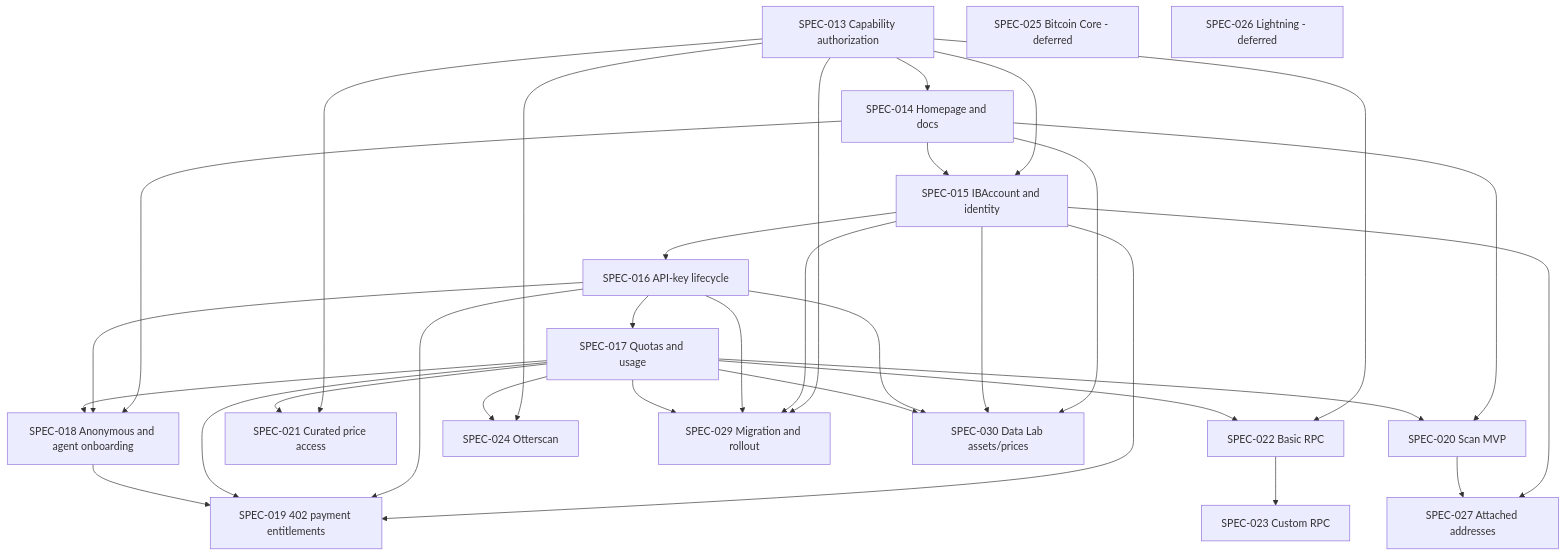
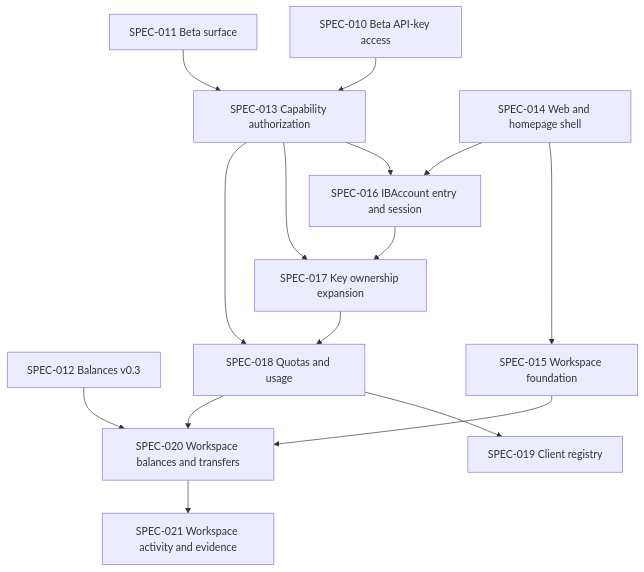
Before and after one commit to Iron-Burrow/iron-burrow-mother-api-rs: the eighth of 8 diagrams in docs/rfcs/RFC-003 - Mother API El Vasco Architecture.md, drawn with Mermaid. The commit also changed other lines of this file and 3 other files, not shown here.

````diff
--- a/docs/rfcs/RFC-003 - Mother API El Vasco Architecture.md
+++ b/docs/rfcs/RFC-003 - Mother API El Vasco Architecture.md
@@ -761,52 +873,30 @@
 ```mermaid
 flowchart TD
+  S010[SPEC-010 Beta API-key access]
+  S011[SPEC-011 Beta surface]
+  S012[SPEC-012 Balances v0.3]
   S013[SPEC-013 Capability authorization]
-  S014[SPEC-014 Homepage and docs]
-  S015[SPEC-015 IBAccount and identity]
-  S016[SPEC-016 API-key lifecycle]
-  S017[SPEC-017 Quotas and usage]
-  S018[SPEC-018 Anonymous and agent onboarding]
-  S019[SPEC-019 402 payment entitlements]
-  S020[SPEC-020 Scan MVP]
-  S021[SPEC-021 Curated price access]
-  S022[SPEC-022 Basic RPC]
-  S023[SPEC-023 Custom RPC]
-  S024[SPEC-024 Otterscan]
-  S027[SPEC-027 Attached addresses]
-  S029[SPEC-029 Migration and rollout]
-  S030[SPEC-030 Data Lab assets/prices]
-  S025[SPEC-025 Bitcoin Core - deferred]
-  S026[SPEC-026 Lightning - deferred]
+  S014[SPEC-014 Web and homepage shell]
+  S015[SPEC-015 Workspace foundation]
+  S016[SPEC-016 IBAccount entry and session]
+  S017[SPEC-017 Key ownership expansion]
+  S018[SPEC-018 Quotas and usage]
+  S019[SPEC-019 Client registry]
+  S020[SPEC-020 Workspace balances and transfers]
+  S021[SPEC-021 Workspace activity and evidence]
 
-  S013 --> S014
-  S013 --> S015
+  S010 --> S013
+  S011 --> S013
+  S012 --> S020
+  S013 --> S016
+  S013 --> S017
+  S013 --> S018
   S014 --> S015
-  S015 --> S016
+  S014 --> S016
+  S015 --> S020
   S016 --> S017
-  S014 --> S018
-  S016 --> S018
   S017 --> S018
-  S015 --> S019
-  S016 --> S019
-  S017 --> S019
   S018 --> S019
-  S014 --> S020
-  S017 --> S020
-  S015 --> S027
-  S020 --> S027
-  S013 --> S021
-  S017 --> S021
-  S013 --> S022
-  S017 --> S022
-  S022 --> S023
-  S013 --> S024
-  S017 --> S024
-  S014 --> S030
-  S015 --> S030
-  S016 --> S030
-  S017 --> S030
-  S013 --> S029
-  S015 --> S029
-  S016 --> S029
-  S017 --> S029
+  S018 --> S020
+  S020 --> S021
 ```
````
